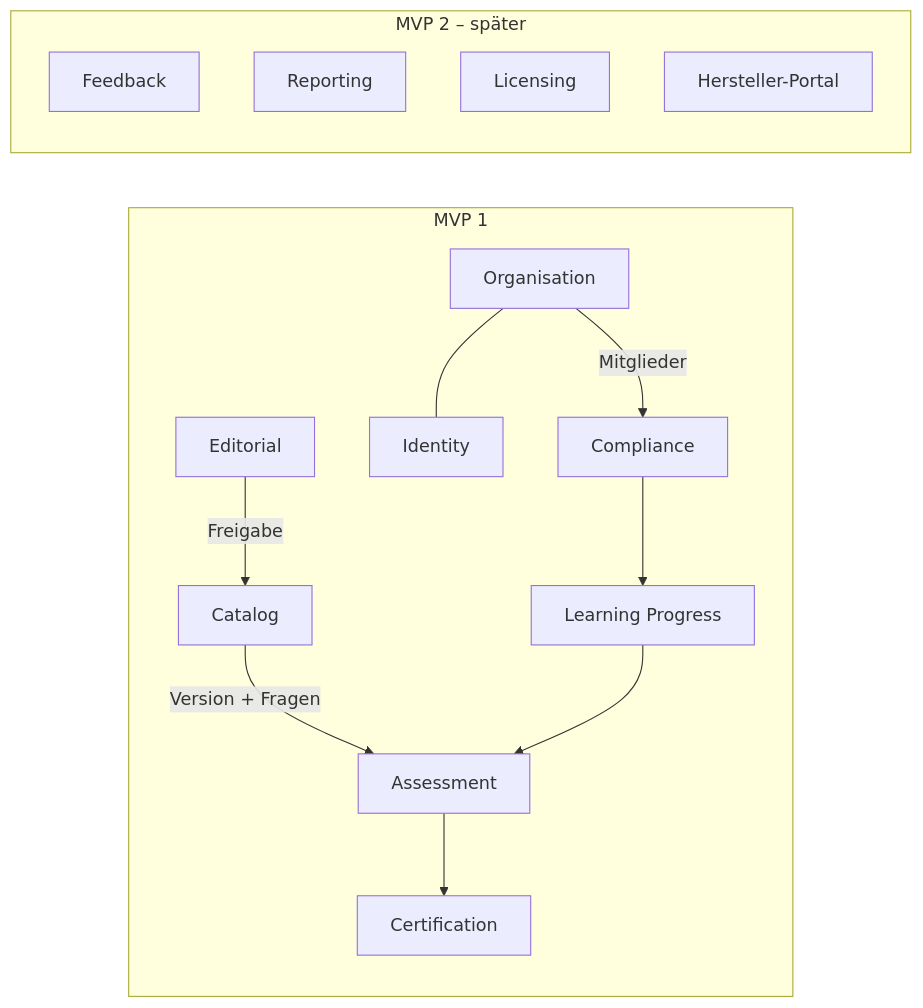
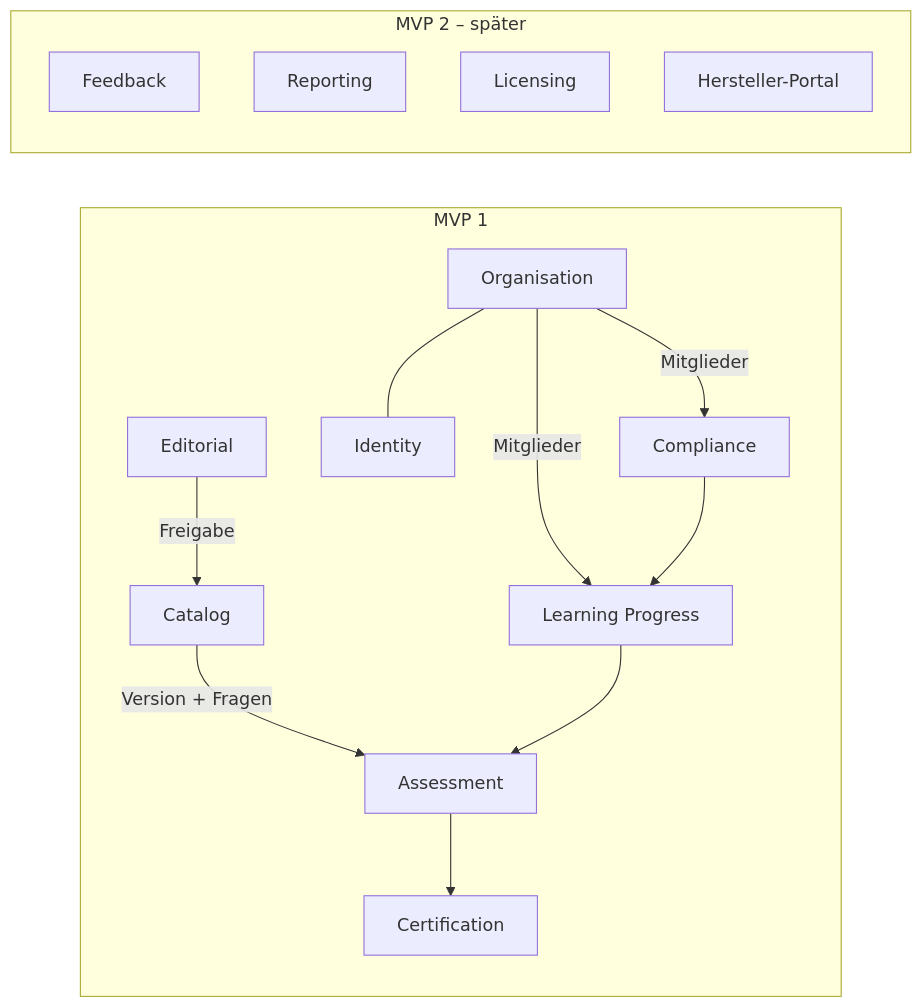
One commit to smartsolutionslab/pharma-training changed the diagram in docs/domain/README.md. Above: the diagram before and after it, drawn with Mermaid. The commit also changed other lines of this file and 4 other files, not shown here.

````diff
--- a/docs/domain/README.md
+++ b/docs/domain/README.md
@@ -114,16 +114,17 @@
 ```mermaid
 flowchart LR
   subgraph MVP1[MVP 1]
     Organisation -- Mitglieder --> Compliance
+    Organisation -- Mitglieder --> Learning
     Organisation --- Identity
     Editorial -- Freigabe --> Catalog
     Catalog -- "Version + Fragen" --> Assessment
     Compliance --> Learning[Learning Progress] --> Assessment --> Certification
   end
   subgraph MVP2[MVP 2 – später]
     Feedback
     Reporting
     Licensing
     Hersteller[Hersteller-Portal]
   end
 ```
````
